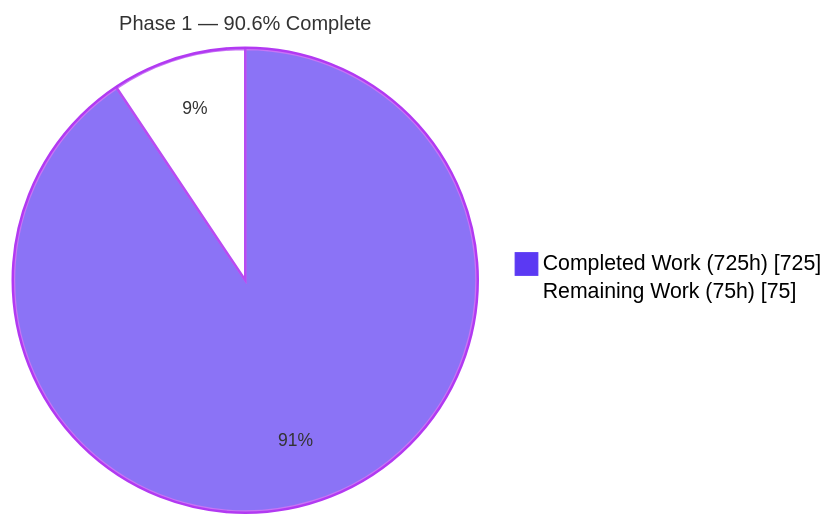
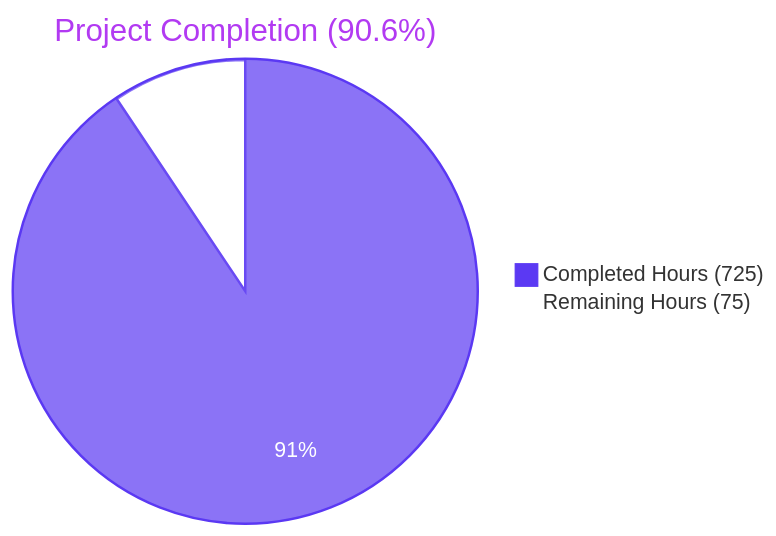
Before and after one commit to Blitzy-Sandbox/blitzy-odoo: the first of 5 diagrams in blitzy/documentation/Project Guide.md, drawn with Mermaid. The commit also changed other lines of this file, not shown here.

Commit message:
Adding Blitzy Project Guide: Project Status and Human Tasks Remaining

````diff
--- a/blitzy/documentation/Project Guide.md
+++ b/blitzy/documentation/Project Guide.md
@@ -18,6 +15,6 @@
 ```mermaid
-%%{init: {'theme':'base','themeVariables':{'pie1':'#5B39F3','pie2':'#FFFFFF','pieStrokeColor':'#B23AF2','pieOuterStrokeColor':'#B23AF2','pieOuterStrokeWidth':'2px','pieTitleTextSize':'16px','pieSectionTextSize':'14px','pieLegendTextColor':'#000000'}}}%%
-pie showData title Phase 1 — 90.6% Complete
-    "Completed Work (725h)" : 725
-    "Remaining Work (75h)" : 75
+%%{init: {'theme':'base','themeVariables':{'pie1':'#5B39F3','pie2':'#FFFFFF','pieStrokeColor':'#5B39F3','pieOuterStrokeColor':'#5B39F3','pieSectionTextColor':'#FFFFFF','pieTitleTextColor':'#B23AF2'}}}%%
+pie title Project Completion (90.6%)
+    "Completed Hours (725)" : 725
+    "Remaining Hours (75)" : 75
 ```
````
